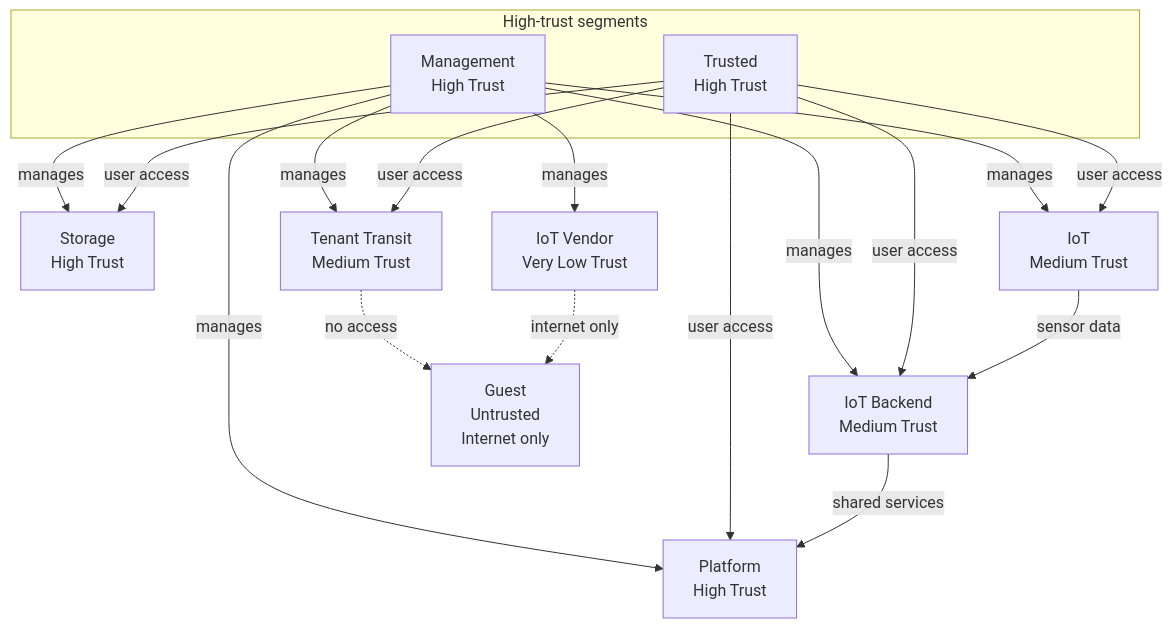
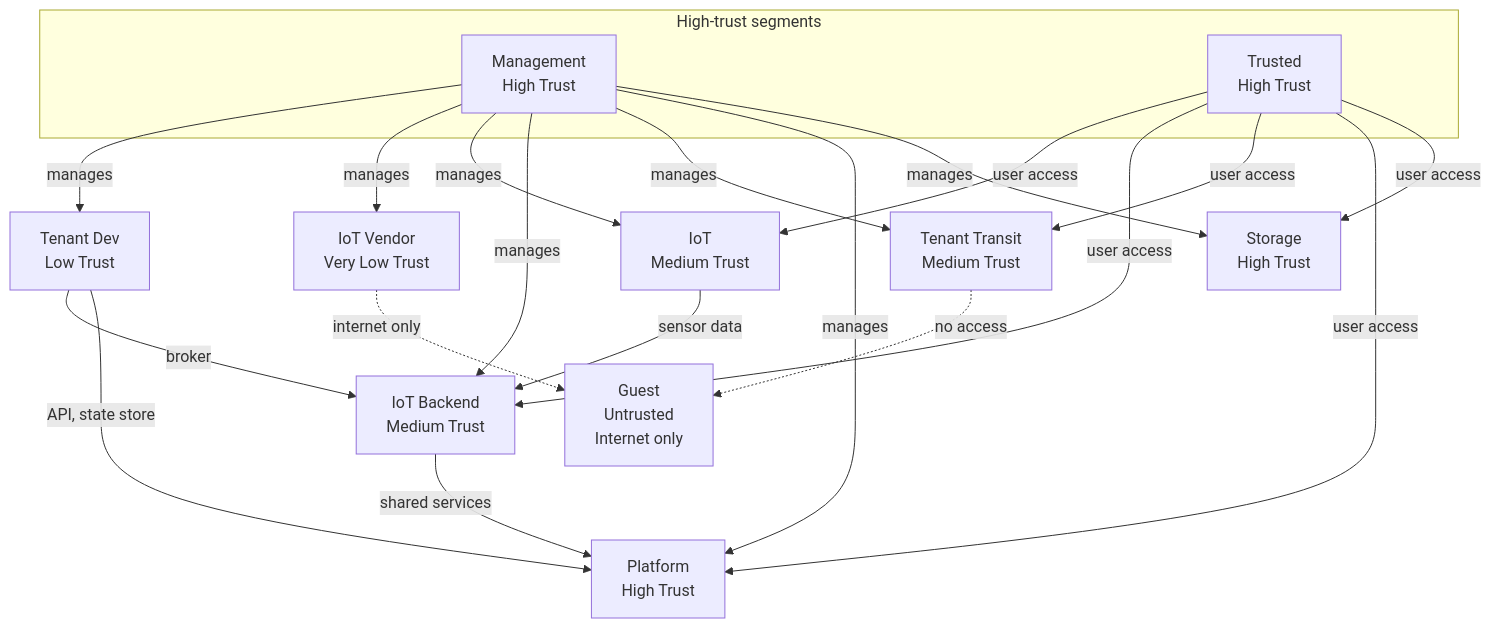
One commit to deevnet/deevnet-docs changed the diagram in content/docs/architecture/network-segmentation.md. Above: the diagram before and after it, drawn with Mermaid. The commit also changed other lines of this file and 4 other files, not shown here.

First line of the commit message:
CHG-0022: the tenant dev network, planned

```diff
--- a/content/docs/architecture/network-segmentation.md
+++ b/content/docs/architecture/network-segmentation.md
@@ -203,25 +222,28 @@
 {{< mermaid >}}
 graph TB
     subgraph high["High-trust segments"]
         Mgmt[Management<br>High Trust]
         Trusted[Trusted<br>High Trust]
     end
 
     Mgmt -->|manages| Storage[Storage<br>High Trust]
     Mgmt -->|manages| Platform[Platform<br>High Trust]
     Mgmt -->|manages| Tenant[Tenant Transit<br>Medium Trust]
     Mgmt -->|manages| IoTBackend[IoT Backend<br>Medium Trust]
     Mgmt -->|manages| IoT[IoT<br>Medium Trust]
     Mgmt -->|manages| IoTVendor[IoT Vendor<br>Very Low Trust]
     Trusted -->|user access| Storage
     Trusted -->|user access| Platform
     Trusted -->|user access| Tenant
     Trusted -->|user access| IoTBackend
     Trusted -->|user access| IoT
 
     IoT -->|sensor data| IoTBackend
+    TenantDev[Tenant Dev<br>Low Trust] -->|API, state store| Platform
+    TenantDev -->|broker| IoTBackend
+    Mgmt -->|manages| TenantDev
     IoTBackend -->|shared services| Platform
 
     Tenant -.->|no access| Guest[Guest<br>Untrusted<br>Internet only]
     IoTVendor -.->|internet only| Guest
 {{< /mermaid >}}
```
